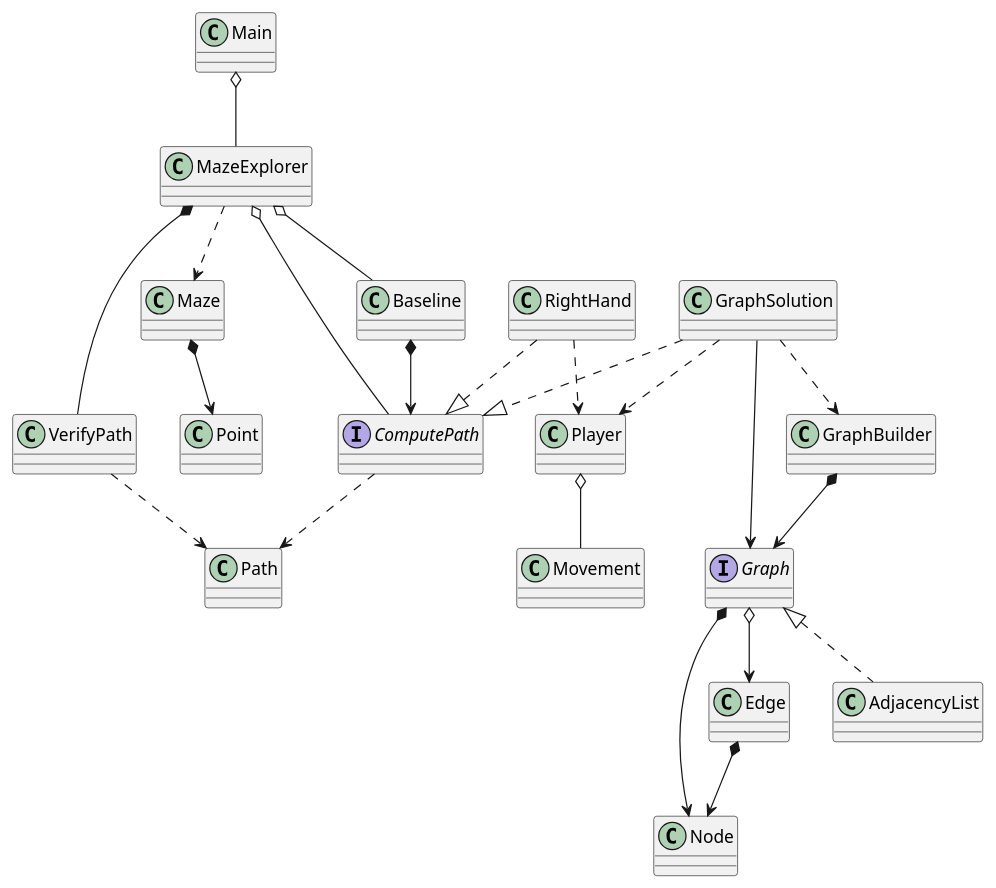
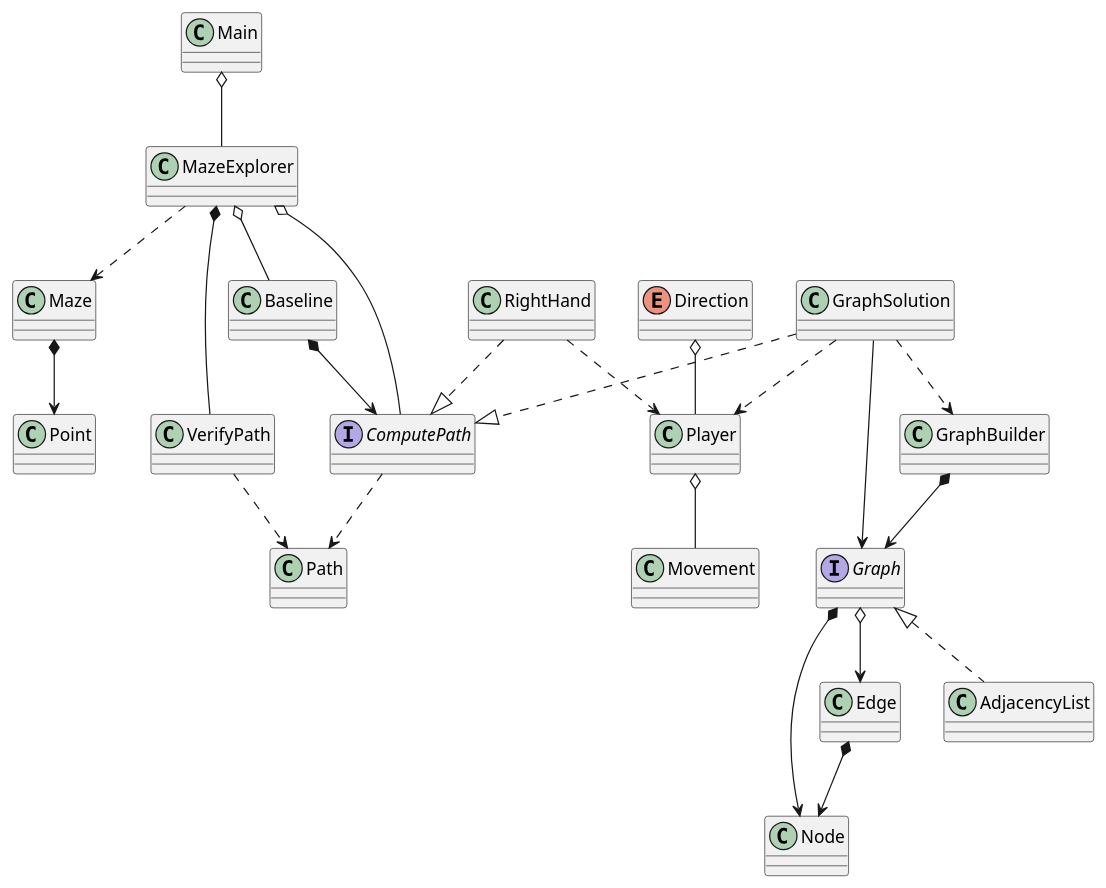
The diagram in uml/Test.puml (2AA4-W24/a3-maze-runner-take-two-jjustin-k), drawn with PlantUML before and after one commit. The commit also changed 3 other files, not shown here.

```diff
--- a/uml/Test.puml
+++ b/uml/Test.puml
@@ -1,48 +1,49 @@
 @startuml
 'https://plantuml.com/class-diagram
 
 class Main
 class MazeExplorer
 class Baseline
 class Point
 class Path
 class Player
 class VerifyPath
 class Maze
 class GraphSolution
 class GraphBuilder
 class Node
 class Edge
 class AdjacencyList
 class Movement
 class RightHand
 interface ComputePath
 interface Graph
+enum Direction
 
 Main o-- MazeExplorer
 
 MazeExplorer ..> Maze
 MazeExplorer o-- ComputePath
 MazeExplorer o-- Baseline
 MazeExplorer *-- VerifyPath
 VerifyPath ..> Path
-
+Direction o-- Player
 RightHand ..|> ComputePath
 RightHand ..> Player
 Graph *--> Node
 Graph o--> Edge
 Graph <|.. AdjacencyList
 GraphSolution ..|> ComputePath
 GraphSolution --> Graph
 GraphSolution ..> Player
 GraphSolution ..> GraphBuilder
 GraphBuilder *--> Graph
 Baseline *--> ComputePath
 Maze *--> Point
 ComputePath ..> Path
 Edge *--> Node
 Player o-- Movement
 
 
 
 @enduml
```
